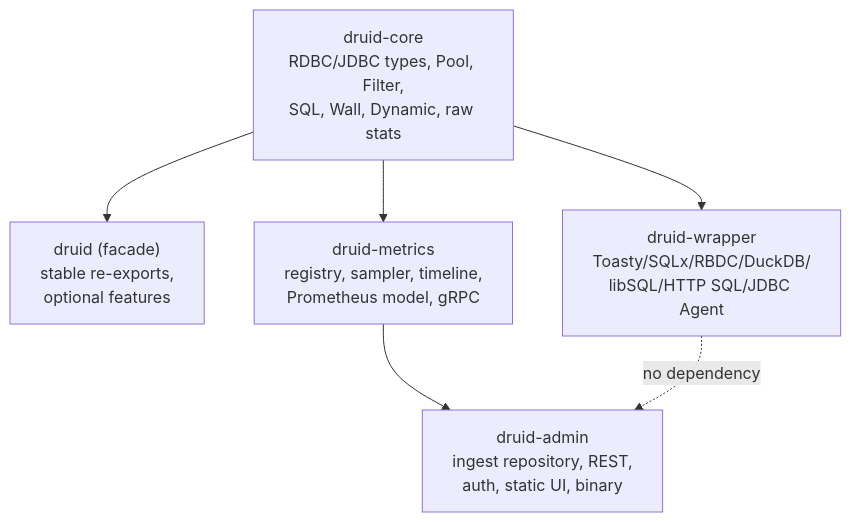
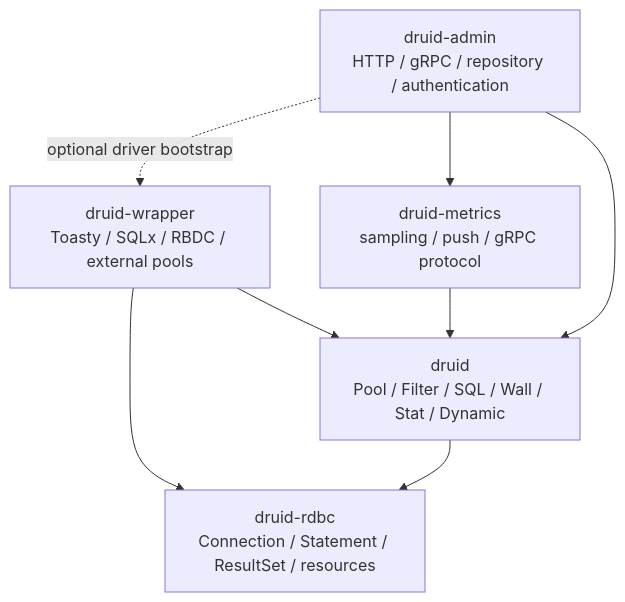
The first of 2 diagrams in README.md (easy-4-rust/druid-rust), drawn with Mermaid before and after one commit. The commit also changed other lines of this file and 1384 other files, not shown here.

````diff
--- a/README.md
+++ b/README.md
@@ -223,14 +162,10 @@
 ```mermaid
 flowchart TD
-    CORE["druid-core<br/>RDBC/JDBC types, Pool, Filter,<br/>SQL, Wall, Dynamic, raw stats"]
-    FACADE["druid (facade)<br/>stable re-exports,<br/>optional features"]
-    WRAPPER["druid-wrapper<br/>Toasty/SQLx/RBDC/DuckDB/<br/>libSQL/HTTP SQL/JDBC Agent"]
-    METRICS["druid-metrics<br/>registry, sampler, timeline,<br/>Prometheus model, gRPC"]
-    ADMIN["druid-admin<br/>ingest repository, REST,<br/>auth, static UI, binary"]
-
-    CORE --> FACADE
-    CORE --> WRAPPER
-    CORE --> METRICS
-    METRICS --> ADMIN
-    WRAPPER -. "no dependency" .-> ADMIN
+    WRAPPER["druid-wrapper<br/>Toasty / SQLx / RBDC / external pools"] --> DRUID["druid<br/>Pool / Filter / SQL / Wall / Stat / Dynamic"]
+    WRAPPER --> RDBC["druid-rdbc<br/>Connection / Statement / ResultSet / resources"]
+    DRUID --> RDBC
+    METRICS["druid-metrics<br/>sampling / push / gRPC protocol"] --> DRUID
+    ADMIN["druid-admin<br/>HTTP / gRPC / repository / authentication"] --> METRICS
+    ADMIN --> DRUID
+    ADMIN -. "optional driver bootstrap" .-> WRAPPER
 ```
````
